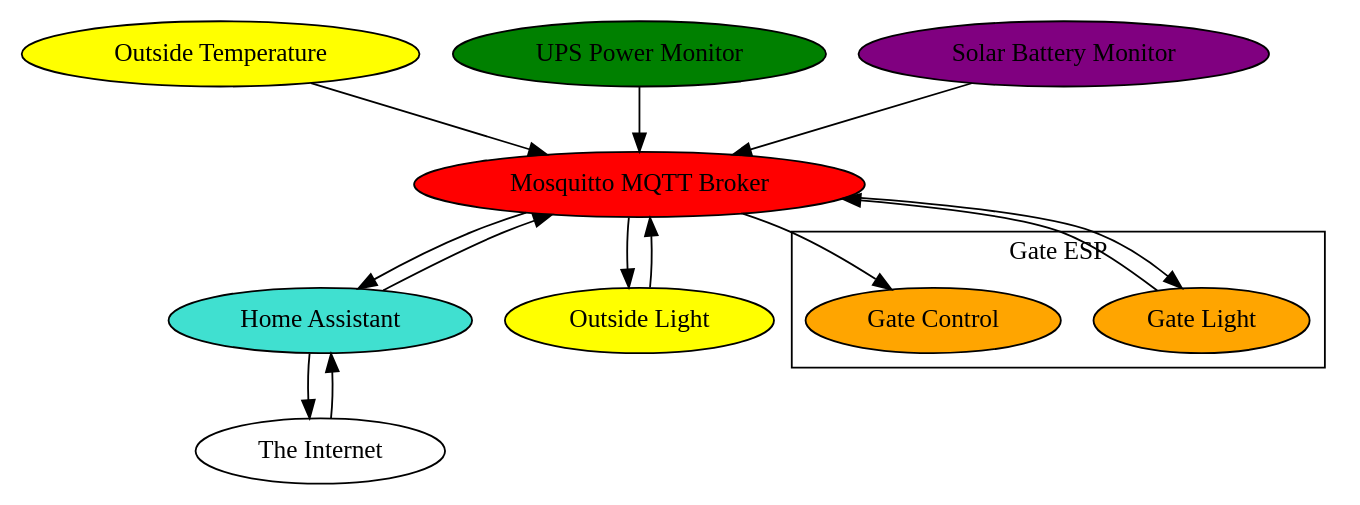
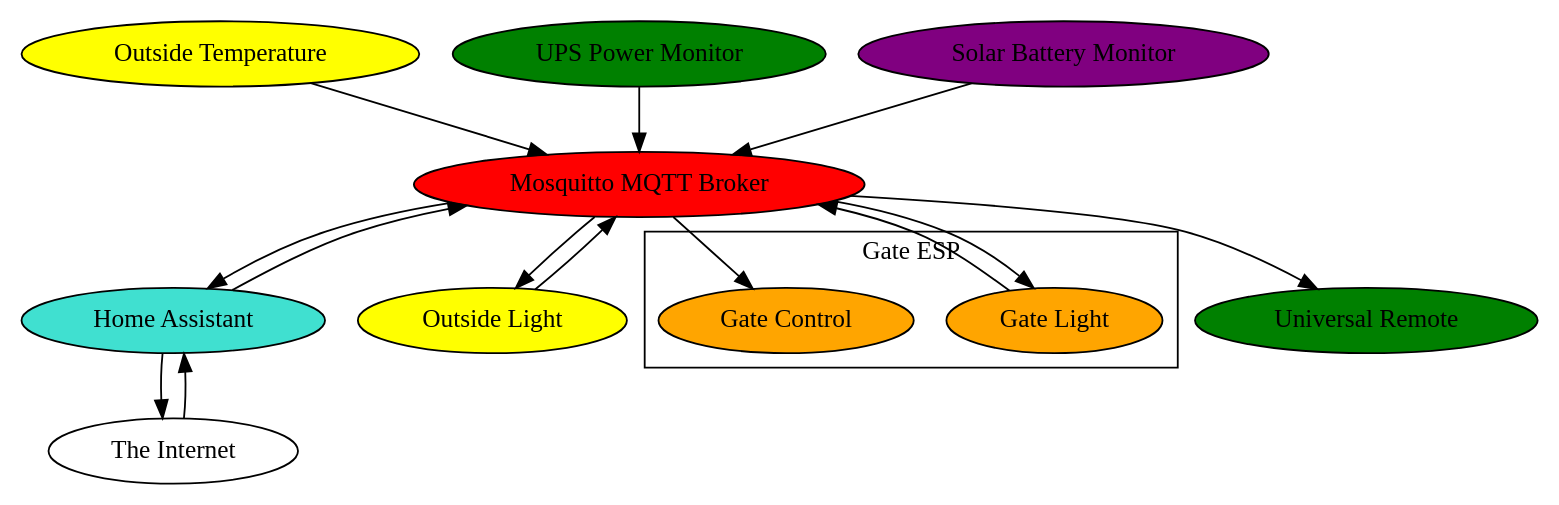
The diagram in Doc/kydhome_img/overview.dot (haemishkyd/KydHome), drawn with Graphviz before and after one commit. The commit also changed 2 other files, not shown here.

```diff
--- a/Doc/kydhome_img/overview.dot
+++ b/Doc/kydhome_img/overview.dot
@@ -1,27 +1,29 @@
 digraph G {
 "Mosquitto MQTT Broker" [style=filled, fillcolor=red];
 "Home Assistant" [style=filled, fillcolor=turquoise];
 "Outside Light" [style=filled, fillcolor=yellow];
 "Outside Temperature" [style=filled, fillcolor=yellow];
 subgraph cluster_Gate_ESP {
 label="Gate ESP";
 "Gate Light" [style=filled, fillcolor=orange];
 "Gate Control" [style=filled, fillcolor=orange];
 }
 
 "UPS Power Monitor" [style=filled, fillcolor=green];
 "Solar Battery Monitor" [style=filled, fillcolor=purple];
 "The Internet" [style=filled, fillcolor=white];
+"Universal Remote" [style=filled, fillcolor=green];
 "Mosquitto MQTT Broker" -> "Home Assistant";
 "Home Assistant" -> "Mosquitto MQTT Broker";
 "Mosquitto MQTT Broker" -> "Outside Light";
 "Outside Light" -> "Mosquitto MQTT Broker";
 "Outside Temperature" -> "Mosquitto MQTT Broker";
 "UPS Power Monitor" -> "Mosquitto MQTT Broker";
 "Solar Battery Monitor" -> "Mosquitto MQTT Broker";
 "Mosquitto MQTT Broker" -> "Gate Light";
 "Gate Light" -> "Mosquitto MQTT Broker";
 "Mosquitto MQTT Broker" -> "Gate Control";
 "The Internet" -> "Home Assistant";
 "Home Assistant" -> "The Internet";
+"Mosquitto MQTT Broker" -> "Universal Remote";
 }
```
